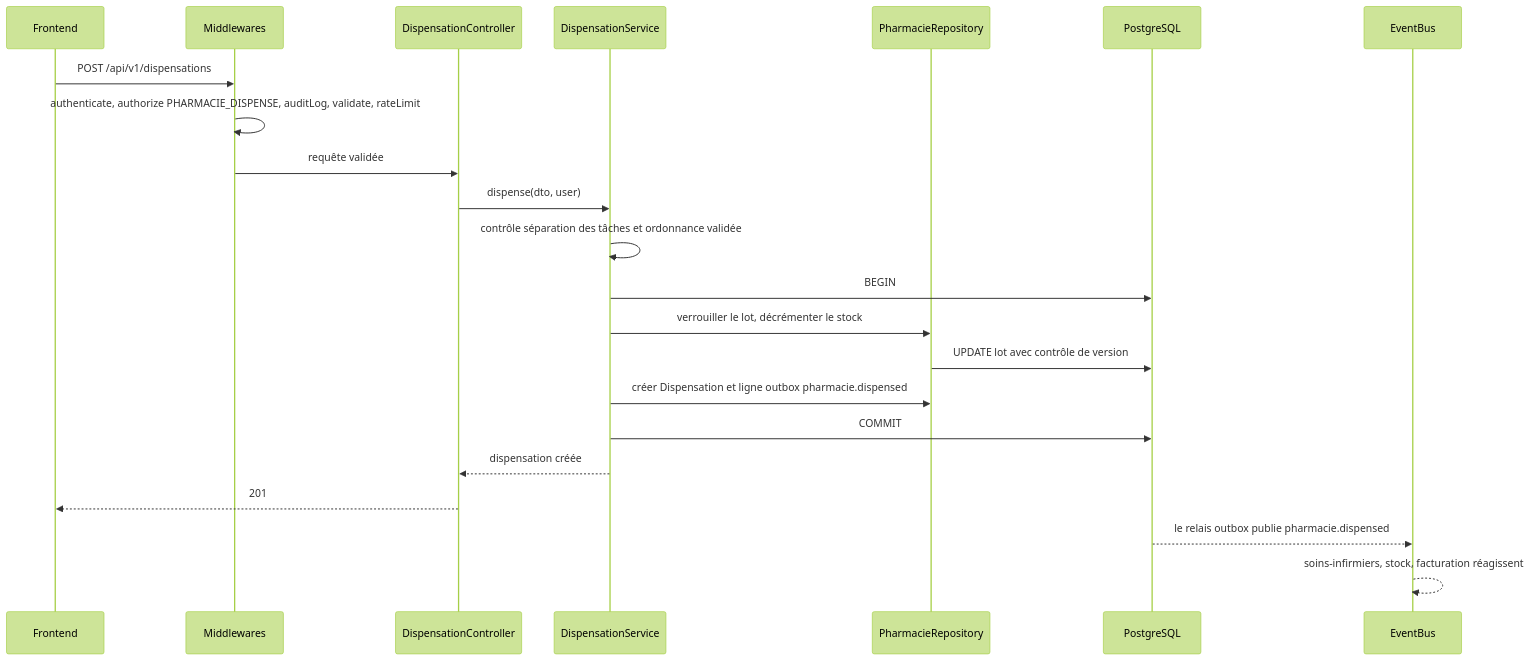
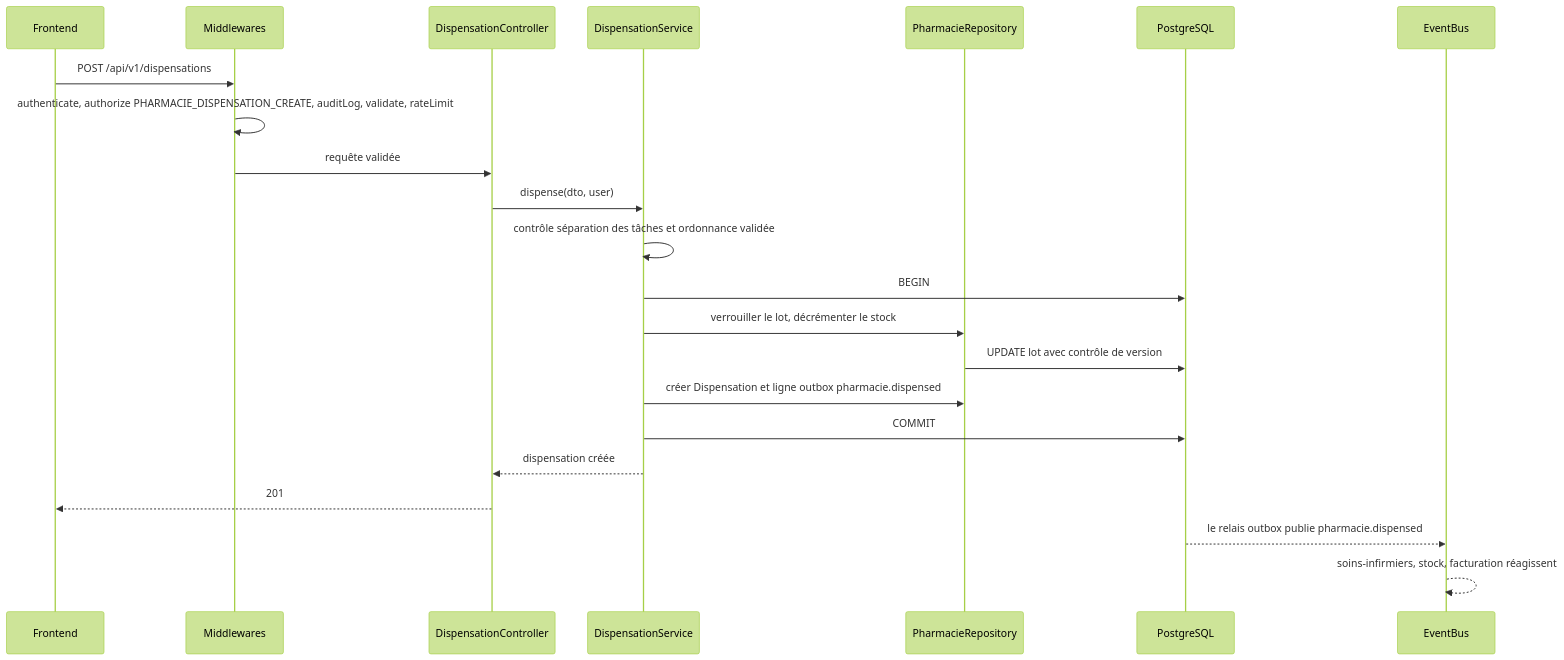
Before and after one commit to djoumessinguefackemmanuel-commits/hospital-app: the fourth of 18 diagrams in docs/conception-initiale.md, drawn with Mermaid (forest theme). The commit also changed other lines of this file, not shown here.

````diff
--- a/docs/conception-initiale.md
+++ b/docs/conception-initiale.md
@@ -524,24 +527,24 @@
 ```mermaid
 sequenceDiagram
   participant UI as Frontend
   participant MW as Middlewares
   participant C as DispensationController
   participant S as DispensationService
   participant RP as PharmacieRepository
   participant DB as PostgreSQL
   participant EB as EventBus
   UI->>MW: POST /api/v1/dispensations
-  MW->>MW: authenticate, authorize PHARMACIE_DISPENSE, auditLog, validate, rateLimit
+  MW->>MW: authenticate, authorize PHARMACIE_DISPENSATION_CREATE, auditLog, validate, rateLimit
   MW->>C: requête validée
   C->>S: dispense(dto, user)
   S->>S: contrôle séparation des tâches et ordonnance validée
   S->>DB: BEGIN
   S->>RP: verrouiller le lot, décrémenter le stock
   RP->>DB: UPDATE lot avec contrôle de version
   S->>RP: créer Dispensation et ligne outbox pharmacie.dispensed
   S->>DB: COMMIT
   S-->>C: dispensation créée
   C-->>UI: 201
   DB-->>EB: le relais outbox publie pharmacie.dispensed
   EB-->>EB: soins-infirmiers, stock, facturation réagissent
 ```
````
